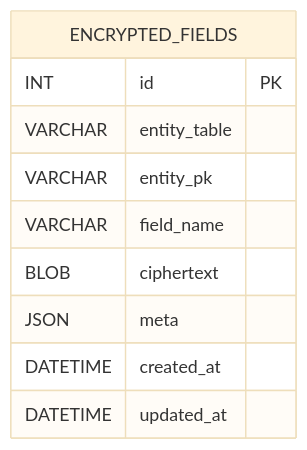
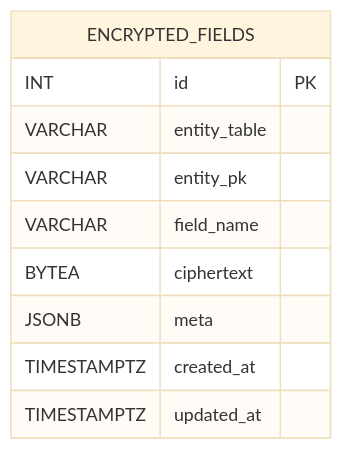
The diagram in README.md (blackcatdatabase/table-encrypted-fields), drawn with Mermaid (base theme) before and after one commit. The commit also changed other lines of this file and 25 other files, not shown here.

First line of the commit message:
Regen schema (#1)

````diff
--- a/README.md
+++ b/README.md
@@ -54,13 +54,13 @@
 ```mermaid
 erDiagram
   ENCRYPTED_FIELDS {
     INT id PK
     VARCHAR entity_table
     VARCHAR entity_pk
     VARCHAR field_name
-    BLOB ciphertext
-    JSON meta
-    DATETIME created_at
-    DATETIME updated_at
+    BYTEA ciphertext
+    JSONB meta
+    TIMESTAMPTZ created_at
+    TIMESTAMPTZ updated_at
   }
 ```
````
